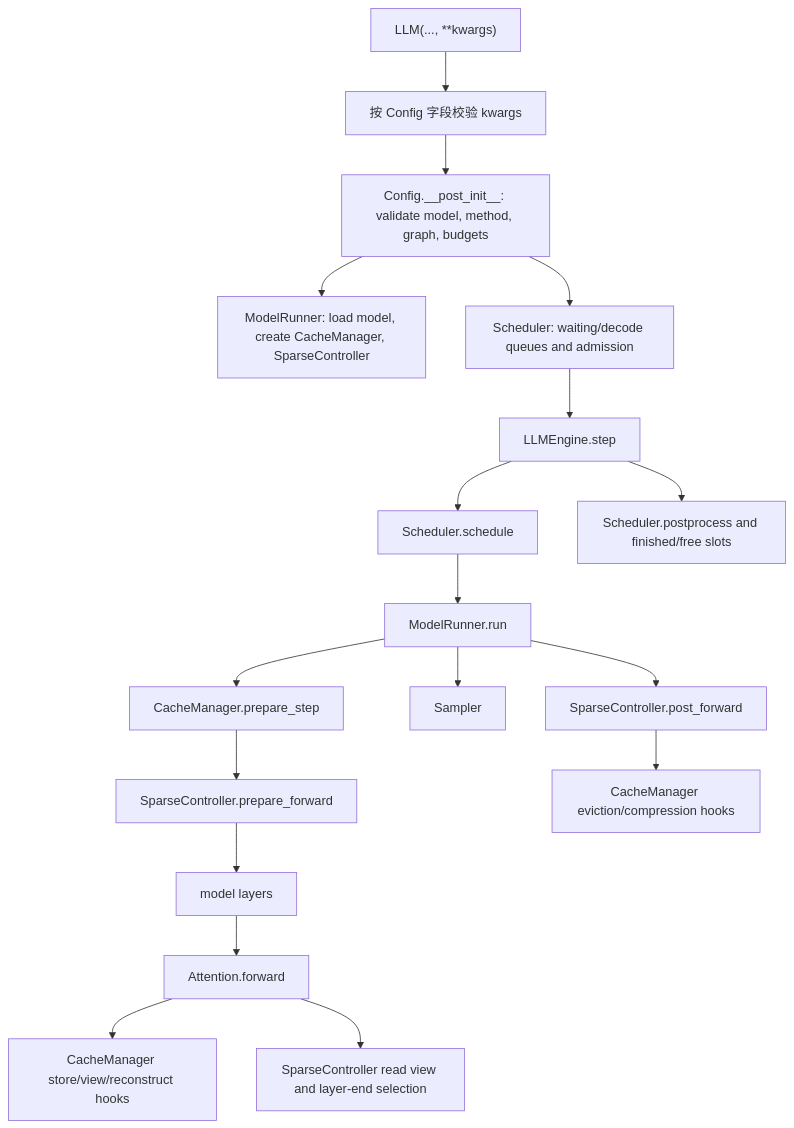
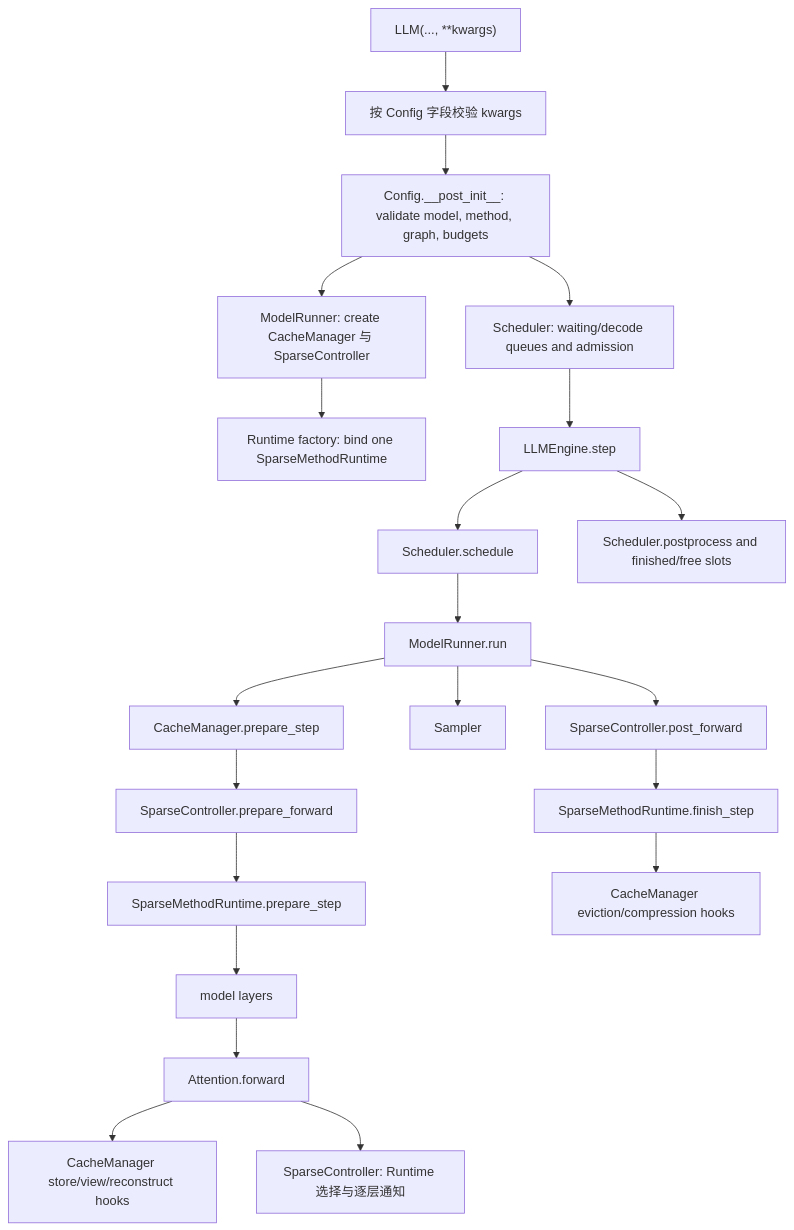
One commit to CURRENTF/Sparse-vLLM changed the diagram in docs/zh/design/control-map.md. Above: the diagram before and after it, drawn with Mermaid. The commit also changed other lines of this file and 16 other files, not shown here.

Commit message:
docs: document sparse method runtime architecture

````diff
--- a/docs/zh/design/control-map.md
+++ b/docs/zh/design/control-map.md
@@ -26,20 +29,23 @@
 ```mermaid
 flowchart TD
     A["LLM(..., **kwargs)"] --> B["按 Config 字段校验 kwargs"]
     B --> C["Config.__post_init__: validate model, method, graph, budgets"]
-    C --> D["ModelRunner: load model, create CacheManager, SparseController"]
+    C --> D["ModelRunner: create CacheManager 与 SparseController"]
+    D --> DS["Runtime factory: bind one SparseMethodRuntime"]
     C --> E["Scheduler: waiting/decode queues and admission"]
     E --> F["LLMEngine.step"]
     F --> G["Scheduler.schedule"]
     G --> H["ModelRunner.run"]
     H --> I["CacheManager.prepare_step"]
     I --> J["SparseController.prepare_forward"]
-    J --> K["model layers"]
+    J --> JS["SparseMethodRuntime.prepare_step"]
+    JS --> K["model layers"]
     K --> L["Attention.forward"]
     L --> M["CacheManager store/view/reconstruct hooks"]
-    L --> N["SparseController read view and layer-end selection"]
+    L --> N["SparseController: Runtime 选择与逐层通知"]
     H --> O["Sampler"]
     H --> P["SparseController.post_forward"]
-    P --> Q["CacheManager eviction/compression hooks"]
+    P --> PS["SparseMethodRuntime.finish_step"]
+    PS --> Q["CacheManager eviction/compression hooks"]
     F --> R["Scheduler.postprocess and finished/free slots"]
 ```
````
